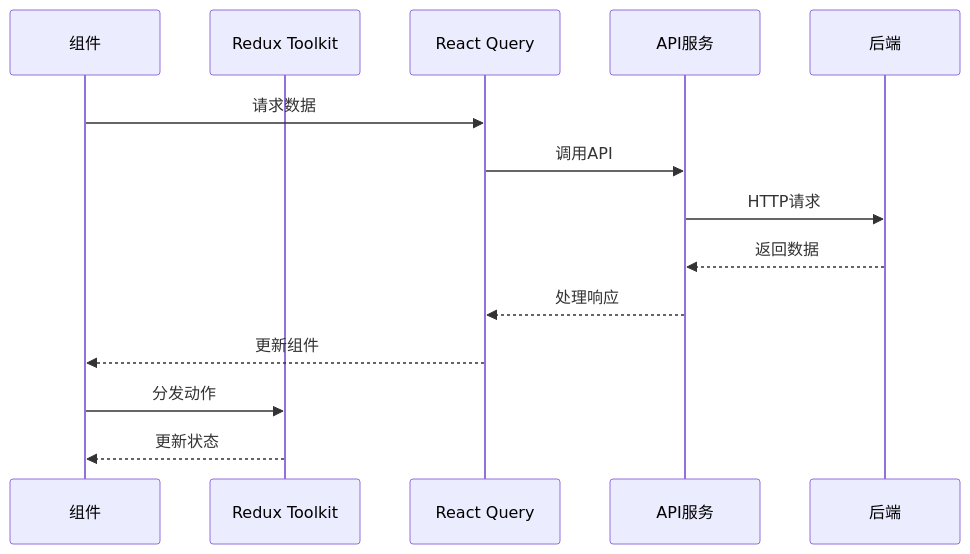
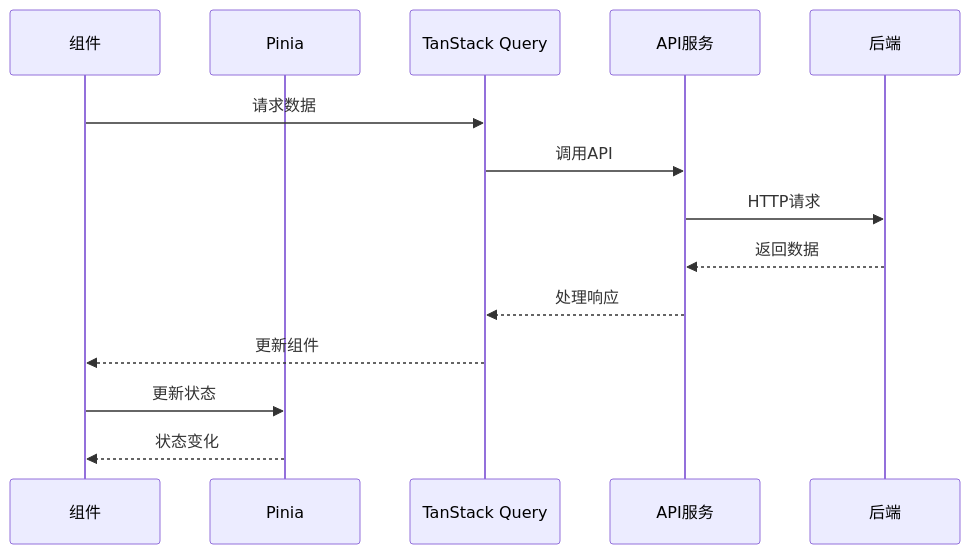
Before and after one commit to bage2014/study: the first of 2 diagrams in study-ai-myapp-fimaly/docs/implementation/frontend_implementation.md, drawn with Mermaid. The commit also changed other lines of this file and 3 other files, not shown here.

````diff
--- a/study-ai-myapp-fimaly/docs/implementation/frontend_implementation.md
+++ b/study-ai-myapp-fimaly/docs/implementation/frontend_implementation.md
@@ -57,17 +57,17 @@
 ```mermaid
 sequenceDiagram
     participant UI as 组件
-    participant RTK as Redux Toolkit
-    participant RQ as React Query
+    participant Pinia as Pinia
+    participant Query as TanStack Query
     participant API as API服务
     participant Server as 后端
 
-    UI->>RQ: 请求数据
-    RQ->>API: 调用API
+    UI->>Query: 请求数据
+    Query->>API: 调用API
     API->>Server: HTTP请求
     Server-->>API: 返回数据
-    API-->>RQ: 处理响应
-    RQ-->>UI: 更新组件
-    UI->>RTK: 分发动作
-    RTK-->>UI: 更新状态
+    API-->>Query: 处理响应
+    Query-->>UI: 更新组件
+    UI->>Pinia: 更新状态
+    Pinia-->>UI: 状态变化
 ```
````
